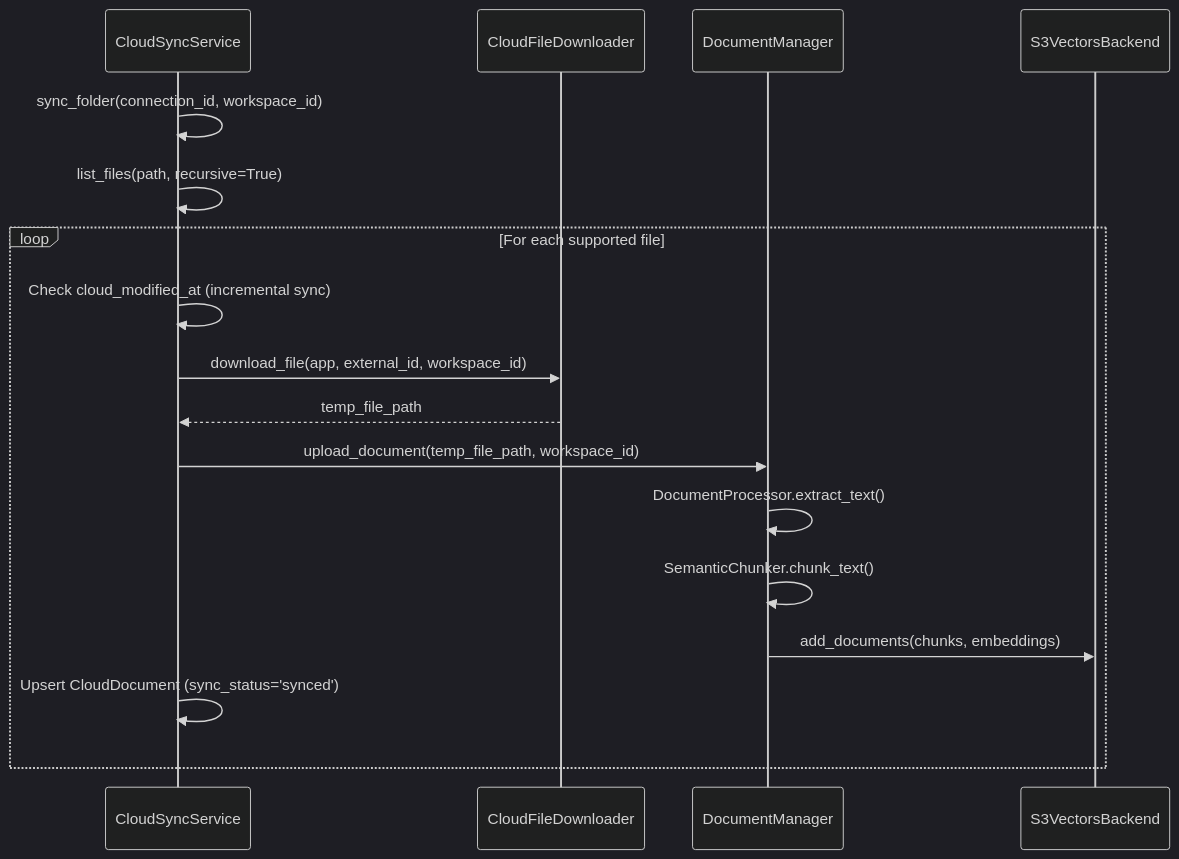
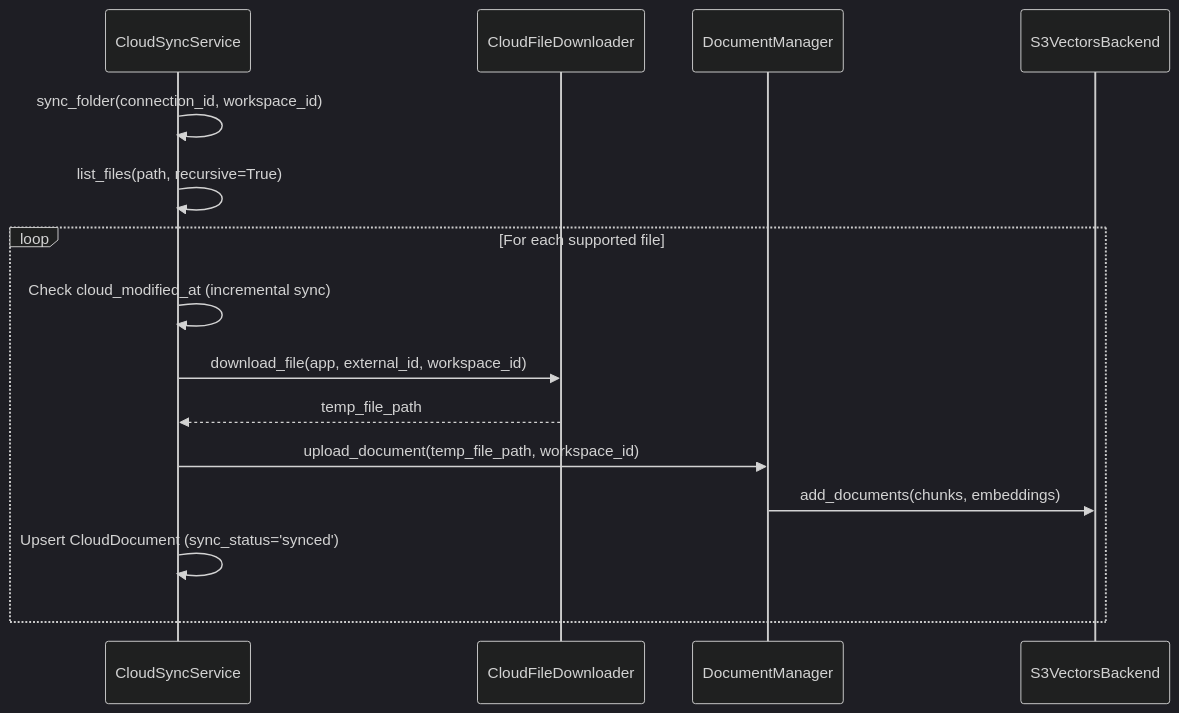
The third of 3 diagrams in docs/knowledge-base-rag/cloud-storage-integration.md (AutomatosAI/automatos-ai), drawn with Mermaid (dark theme) before and after one commit. The commit also changed other lines of this file and 153 other files, not shown here.

````diff
--- a/docs/knowledge-base-rag/cloud-storage-integration.md
+++ b/docs/knowledge-base-rag/cloud-storage-integration.md
@@ -166,20 +146,18 @@
 ```mermaid
 sequenceDiagram
     participant S as CloudSyncService
     participant D as CloudFileDownloader
     participant M as DocumentManager
     participant V as S3VectorsBackend
     
     S->>S: sync_folder(connection_id, workspace_id)
     S->>S: list_files(path, recursive=True)
     loop For each supported file
         S->>S: Check cloud_modified_at (incremental sync)
         S->>D: download_file(app, external_id, workspace_id)
         D-->>S: temp_file_path
         S->>M: upload_document(temp_file_path, workspace_id)
-        M->>M: DocumentProcessor.extract_text()
-        M->>M: SemanticChunker.chunk_text()
         M->>V: add_documents(chunks, embeddings)
         S->>S: Upsert CloudDocument (sync_status='synced')
     end
 ```
````
